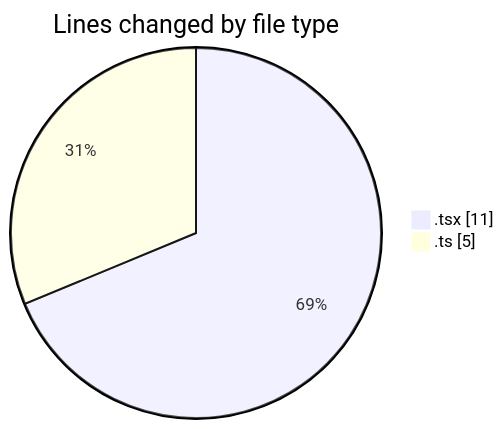
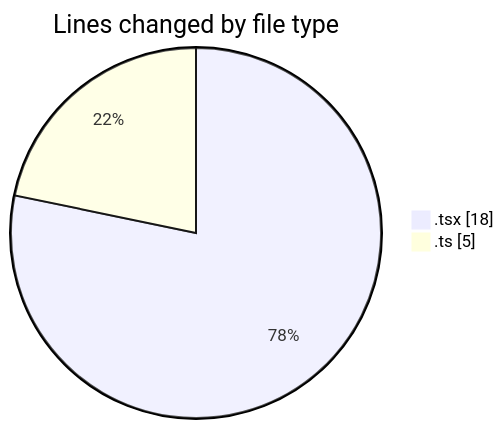
The first of 2 diagrams in 2025-02-28/cda/README.md (momahboobian/code-tracking), drawn with Mermaid before and after one commit. The commit also changed other lines of this file and 1 other file, not shown here.

````diff
--- a/2025-02-28/cda/README.md
+++ b/2025-02-28/cda/README.md
@@ -21,6 +22,6 @@
 ```mermaid
 pie showData
 title Lines changed by file type
-".tsx" : 11
+".tsx" : 18
 ".ts" : 5
 ```
````
